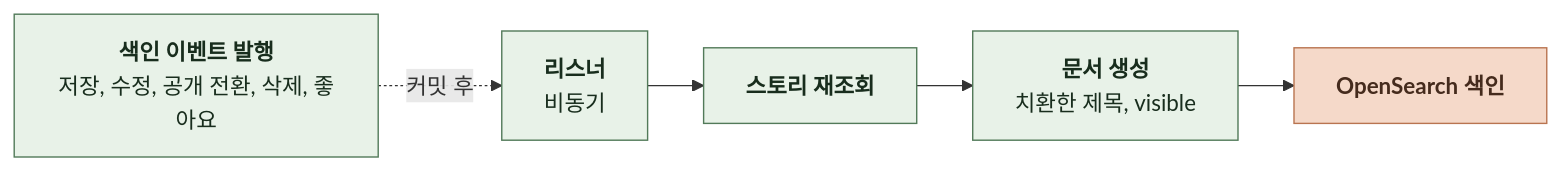
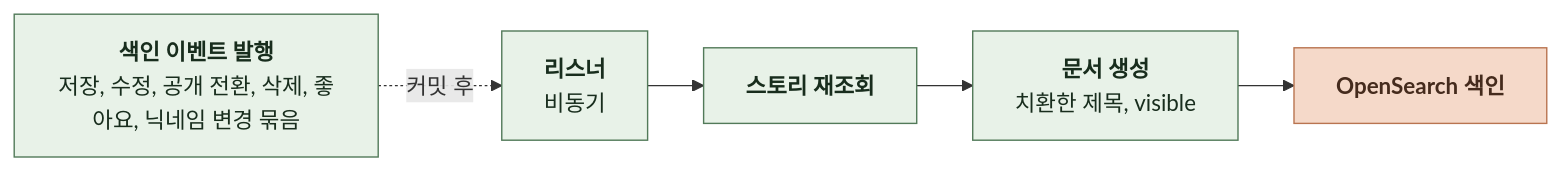
Diagram 26 of 30 in docs/domain/STORY/BACKEND/4-1-PIPELINES.md (KIM-N-KANG/knk-harness), drawn with Mermaid before and after one commit. The commit also changed other lines of this file and 8 other files, not shown here.

````diff
--- a/docs/domain/STORY/BACKEND/4-1-PIPELINES.md
+++ b/docs/domain/STORY/BACKEND/4-1-PIPELINES.md
@@ -805,12 +805,12 @@
 ```mermaid
 %%{init: {"flowchart": {"curve": "basis", "htmlLabels": true, "nodeSpacing": 24, "rankSpacing": 40}}}%%
 flowchart LR
-    A["<b>색인 이벤트 발행</b><br/>저장, 수정, 공개 전환, 삭제, 좋아요"] -.->|커밋 후| B["<b>리스너</b><br/>비동기"]
+    A["<b>색인 이벤트 발행</b><br/>저장, 수정, 공개 전환, 삭제, 좋아요, 닉네임 변경 묶음"] -.->|커밋 후| B["<b>리스너</b><br/>비동기"]
     B --> C["<b>스토리 재조회</b>"]
     C --> D["<b>문서 생성</b><br/>치환한 제목, visible"]
     D --> E["<b>OpenSearch 색인</b>"]
     classDef comp fill:#E8F2E8,stroke:#527A59,color:#182D1D
     classDef task fill:#F5D9C9,stroke:#B97450,color:#452B1D
     class A,B,C,D comp
     class E task
 ```
````
